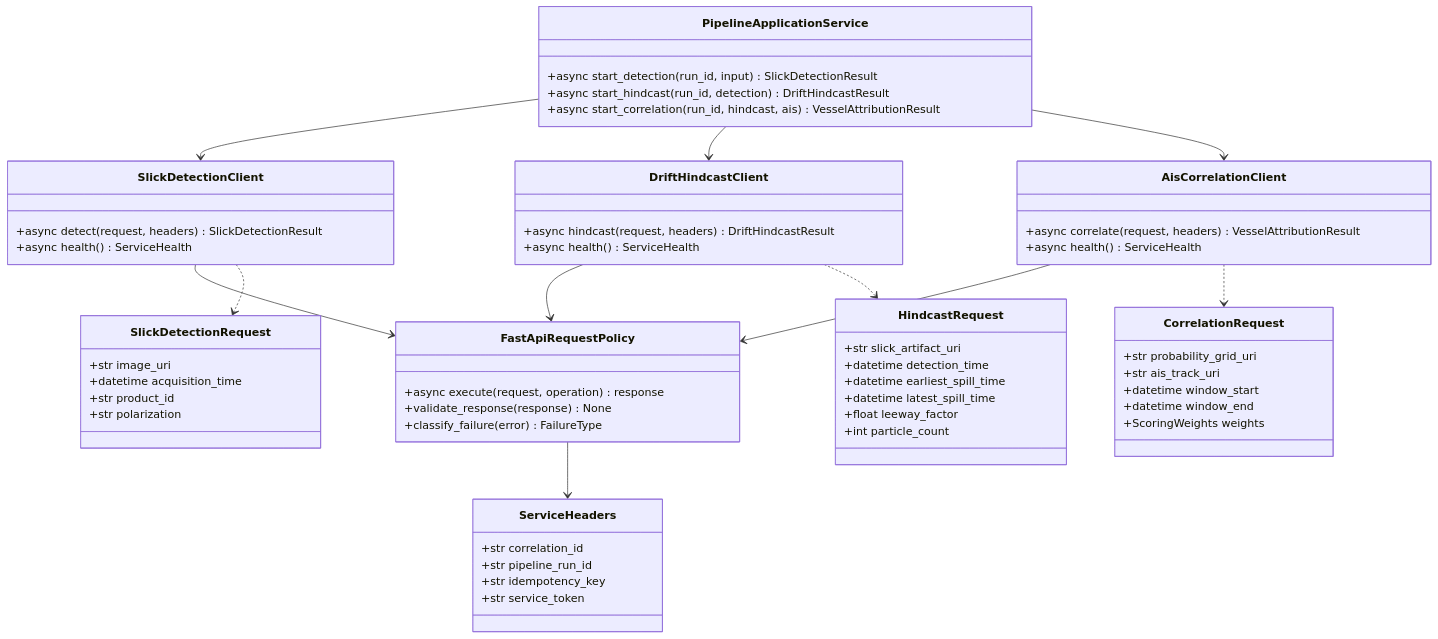
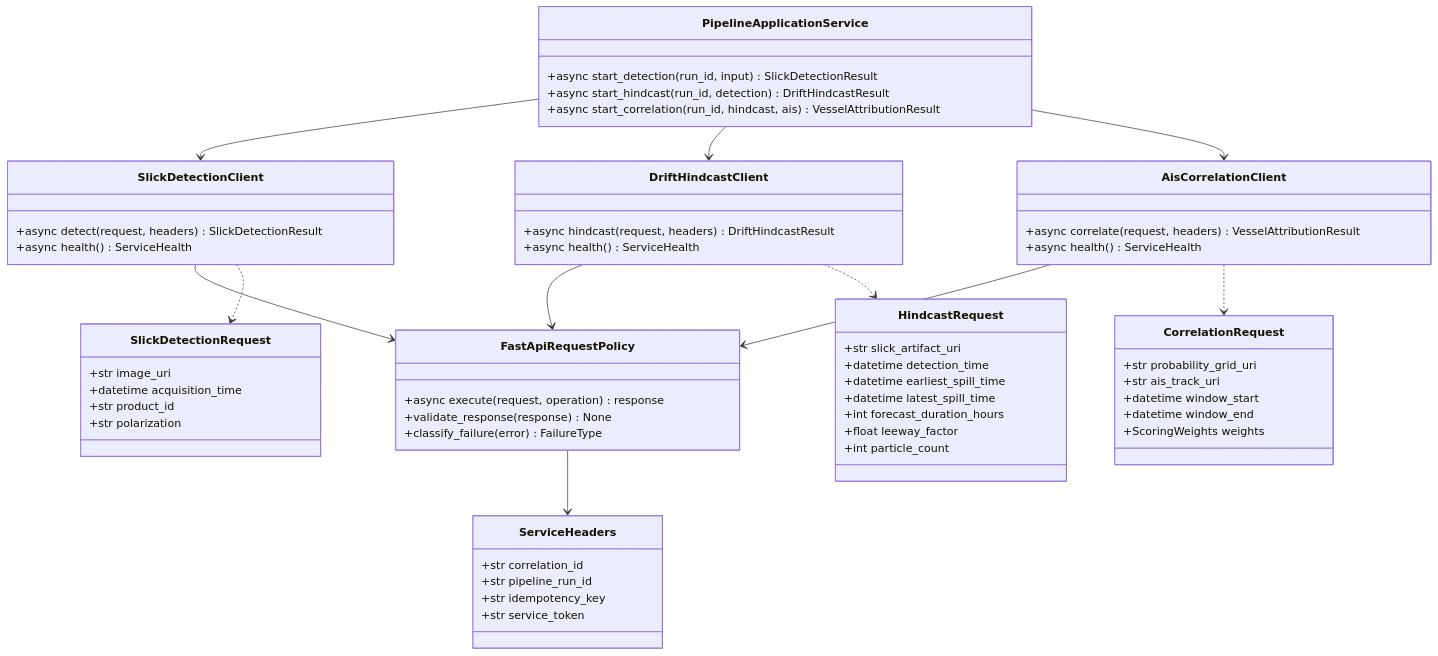
One commit to ankushkumar14092-dot/sih-architecture changed diagram 14 of 25 in ai-ml-maritime-oil-spill-architecture.md. Above: the diagram before and after it, drawn with Mermaid. The commit also changed other lines of this file and 1 other file, not shown here.

Commit message:
Align architecture with SIH26143 requirements

````diff
--- a/ai-ml-maritime-oil-spill-architecture.md
+++ b/ai-ml-maritime-oil-spill-architecture.md
@@ -905,63 +945,64 @@
 ```mermaid
 classDiagram
     class PipelineApplicationService {
         +async start_detection(run_id, input) SlickDetectionResult
         +async start_hindcast(run_id, detection) DriftHindcastResult
         +async start_correlation(run_id, hindcast, ais) VesselAttributionResult
     }
     class FastApiRequestPolicy {
         +async execute(request, operation) response
         +validate_response(response) None
         +classify_failure(error) FailureType
     }
     class SlickDetectionClient {
         +async detect(request, headers) SlickDetectionResult
         +async health() ServiceHealth
     }
     class DriftHindcastClient {
         +async hindcast(request, headers) DriftHindcastResult
         +async health() ServiceHealth
     }
     class AisCorrelationClient {
         +async correlate(request, headers) VesselAttributionResult
         +async health() ServiceHealth
     }
     class ServiceHeaders {
         +str correlation_id
         +str pipeline_run_id
         +str idempotency_key
         +str service_token
     }
     class SlickDetectionRequest {
         +str image_uri
         +datetime acquisition_time
         +str product_id
         +str polarization
     }
     class HindcastRequest {
         +str slick_artifact_uri
         +datetime detection_time
         +datetime earliest_spill_time
         +datetime latest_spill_time
+        +int forecast_duration_hours
         +float leeway_factor
         +int particle_count
     }
     class CorrelationRequest {
         +str probability_grid_uri
         +str ais_track_uri
         +datetime window_start
         +datetime window_end
         +ScoringWeights weights
     }
 
     PipelineApplicationService --> SlickDetectionClient
     PipelineApplicationService --> DriftHindcastClient
     PipelineApplicationService --> AisCorrelationClient
     SlickDetectionClient --> FastApiRequestPolicy
     DriftHindcastClient --> FastApiRequestPolicy
     AisCorrelationClient --> FastApiRequestPolicy
     SlickDetectionClient ..> SlickDetectionRequest
     DriftHindcastClient ..> HindcastRequest
     AisCorrelationClient ..> CorrelationRequest
     FastApiRequestPolicy --> ServiceHeaders
 ```
````
